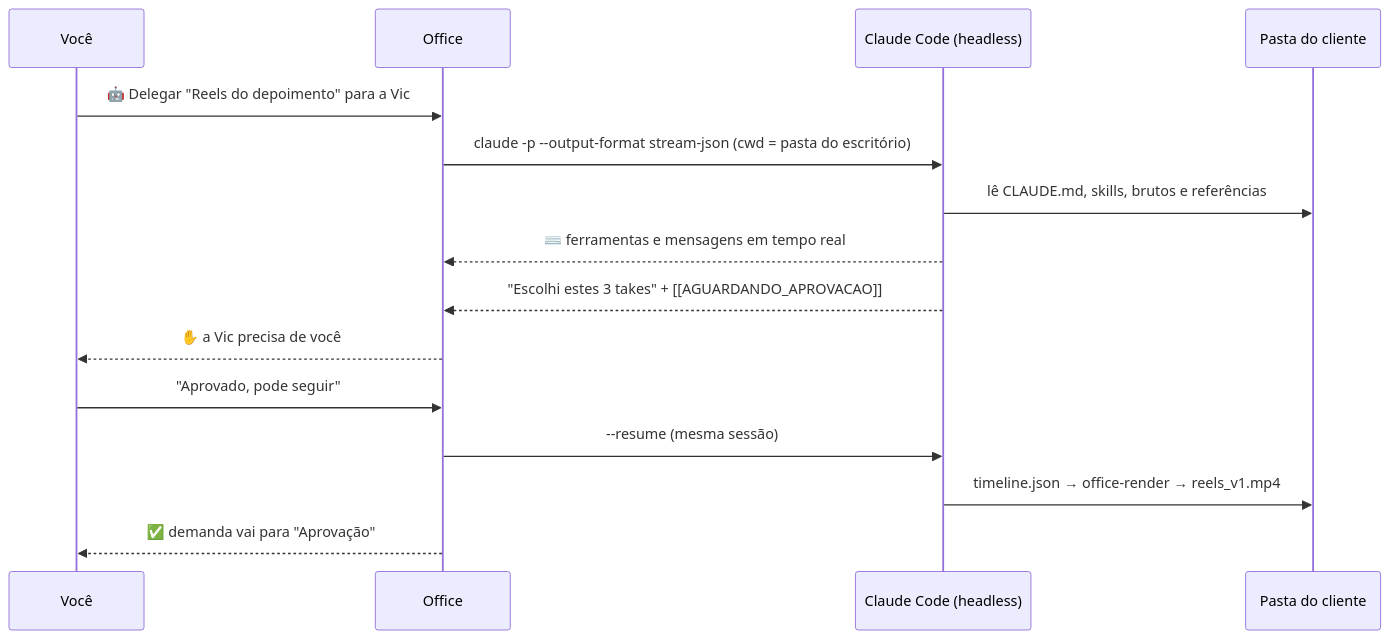
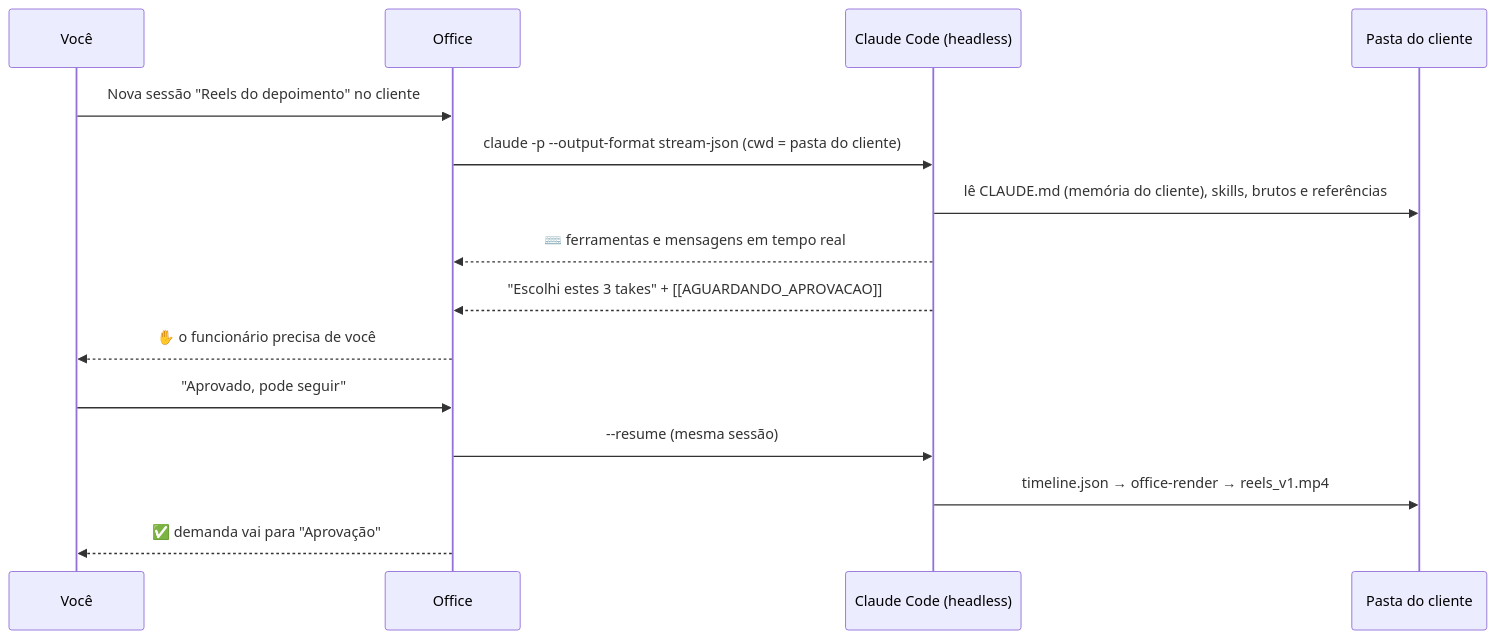
The diagram in README.md (mucio-miranda/office), drawn with Mermaid before and after one commit. The commit also changed other lines of this file and 2 other files, not shown here.

Commit message:
README: sessões por cliente, perfil único, memória entre sessões, contexto e custo (REA sob demanda, compactação), prints reais com nomes borrados

````diff
--- a/README.md
+++ b/README.md
@@ -231,17 +235,17 @@
 ```mermaid
 sequenceDiagram
   participant Você
   participant Office
   participant Claude as Claude Code (headless)
   participant Pasta as Pasta do cliente
-  Você->>Office: 🤖 Delegar "Reels do depoimento" para a Vic
-  Office->>Claude: claude -p --output-format stream-json (cwd = pasta do escritório)
-  Claude->>Pasta: lê CLAUDE.md, skills, brutos e referências
+  Você->>Office: Nova sessão "Reels do depoimento" no cliente
+  Office->>Claude: claude -p --output-format stream-json (cwd = pasta do cliente)
+  Claude->>Pasta: lê CLAUDE.md (memória do cliente), skills, brutos e referências
   Claude-->>Office: ⌨️ ferramentas e mensagens em tempo real
   Claude-->>Office: "Escolhi estes 3 takes" + [[AGUARDANDO_APROVACAO]]
-  Office-->>Você: ✋ a Vic precisa de você
+  Office-->>Você: ✋ o funcionário precisa de você
   Você->>Office: "Aprovado, pode seguir"
   Office->>Claude: --resume (mesma sessão)
   Claude->>Pasta: timeline.json → office-render → reels_v1.mp4
   Office-->>Você: ✅ demanda vai para "Aprovação"
 ```
````
